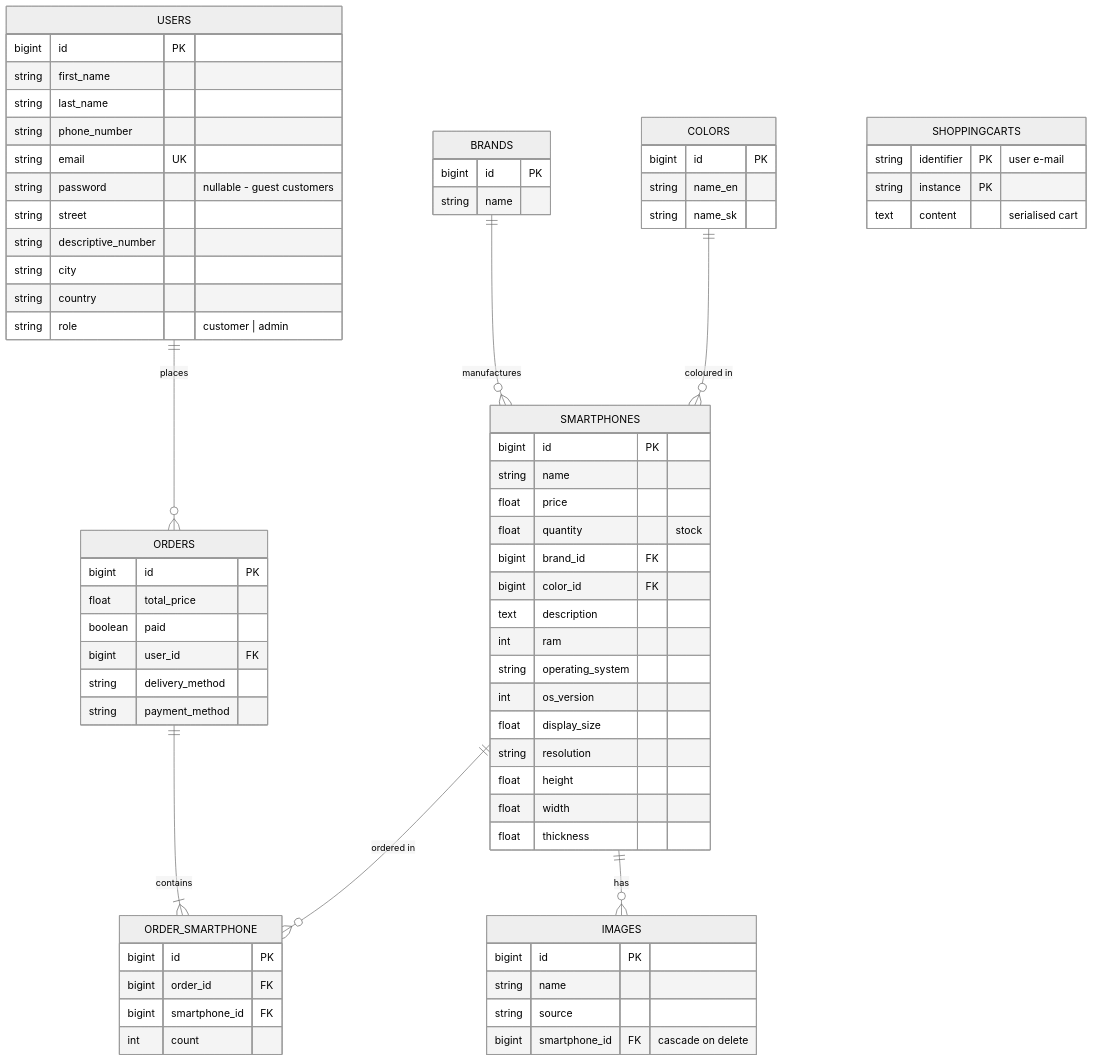
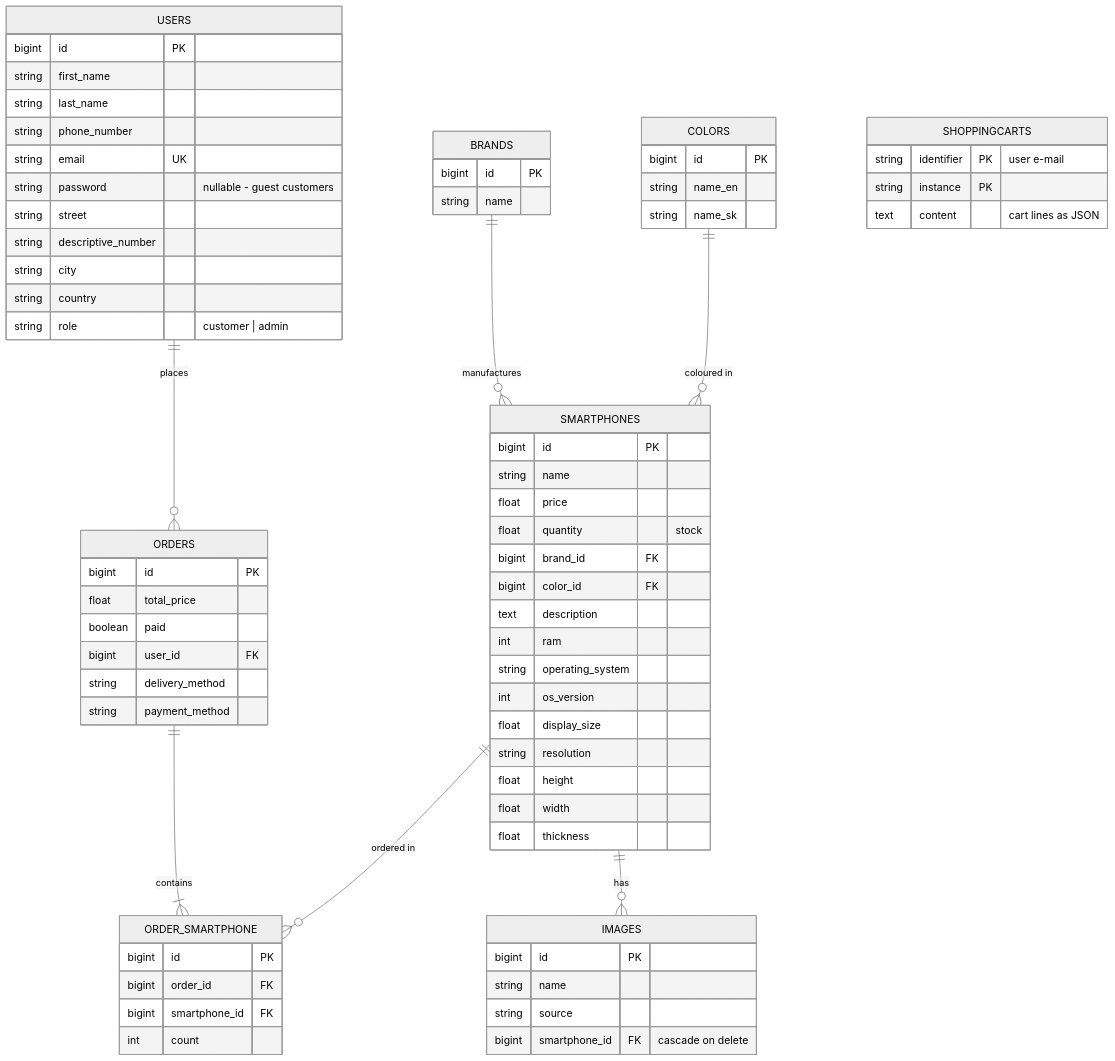
The diagram in README.md (AkosKappel/WTECH-Laravel), drawn with Mermaid (neutral theme) before and after one commit. The commit also changed other lines of this file and 6 other files, not shown here.

````diff
--- a/README.md
+++ b/README.md
@@ -216,74 +215,74 @@
 ```mermaid
 erDiagram
     USERS ||--o{ ORDERS : places
     ORDERS ||--|{ ORDER_SMARTPHONE : contains
     SMARTPHONES ||--o{ ORDER_SMARTPHONE : "ordered in"
     BRANDS ||--o{ SMARTPHONES : manufactures
     COLORS ||--o{ SMARTPHONES : "coloured in"
     SMARTPHONES ||--o{ IMAGES : has
 
     USERS {
         bigint id PK
         string first_name
         string last_name
         string phone_number
         string email UK
         string password "nullable - guest customers"
         string street
         string descriptive_number
         string city
         string country
         string role "customer | admin"
     }
     ORDERS {
         bigint id PK
         float total_price
         boolean paid
         bigint user_id FK
         string delivery_method
         string payment_method
     }
     ORDER_SMARTPHONE {
         bigint id PK
         bigint order_id FK
         bigint smartphone_id FK
         int count
     }
     SMARTPHONES {
         bigint id PK
         string name
         float price
         float quantity "stock"
         bigint brand_id FK
         bigint color_id FK
         text description
         int ram
         string operating_system
         int os_version
         float display_size
         string resolution
         float height
         float width
         float thickness
     }
     BRANDS {
         bigint id PK
         string name
     }
     COLORS {
         bigint id PK
         string name_en
         string name_sk
     }
     IMAGES {
         bigint id PK
         string name
         string source
         bigint smartphone_id FK "cascade on delete"
     }
     SHOPPINGCARTS {
         string identifier PK "user e-mail"
         string instance PK
-        text content "serialised cart"
+        text content "cart lines as JSON"
     }
 ```
````
